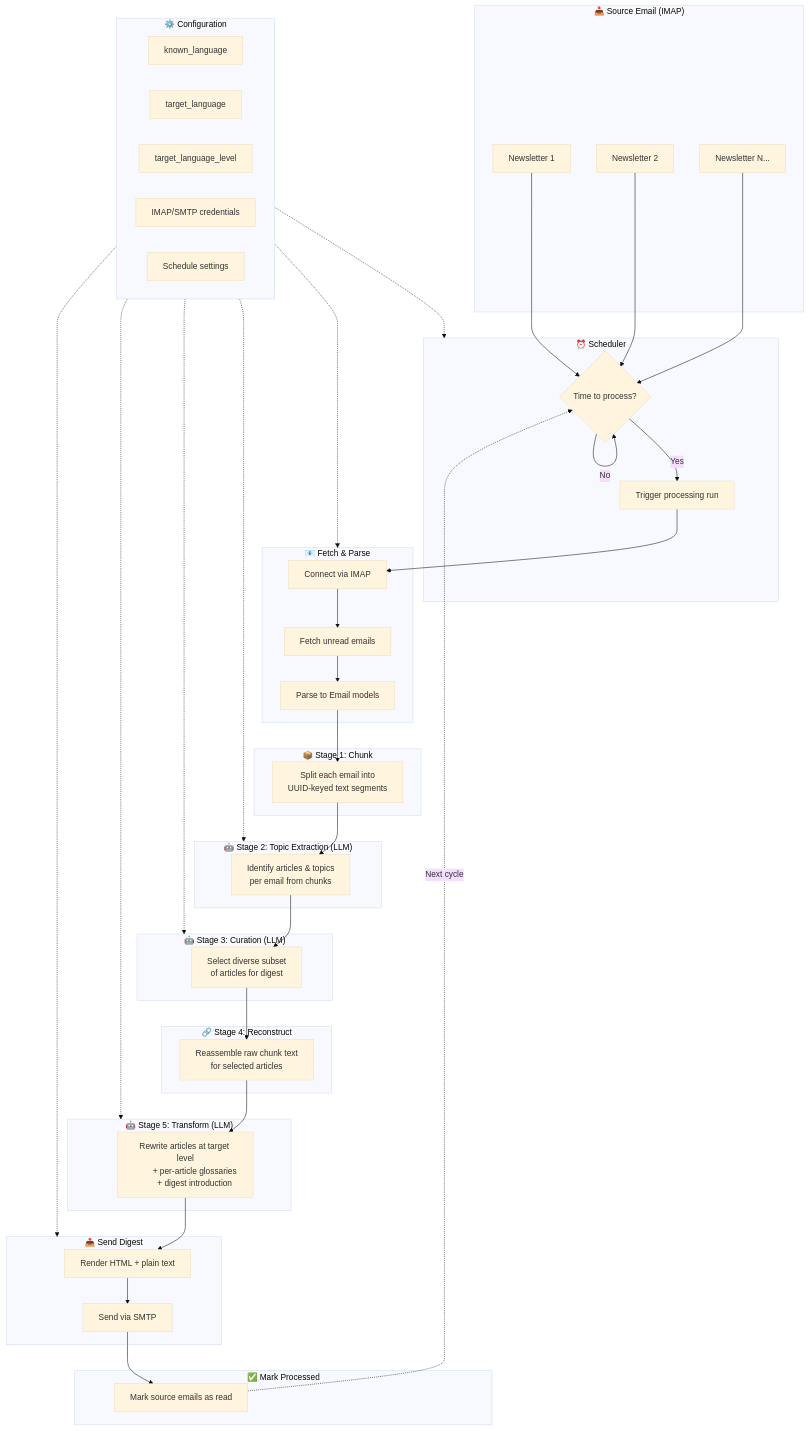
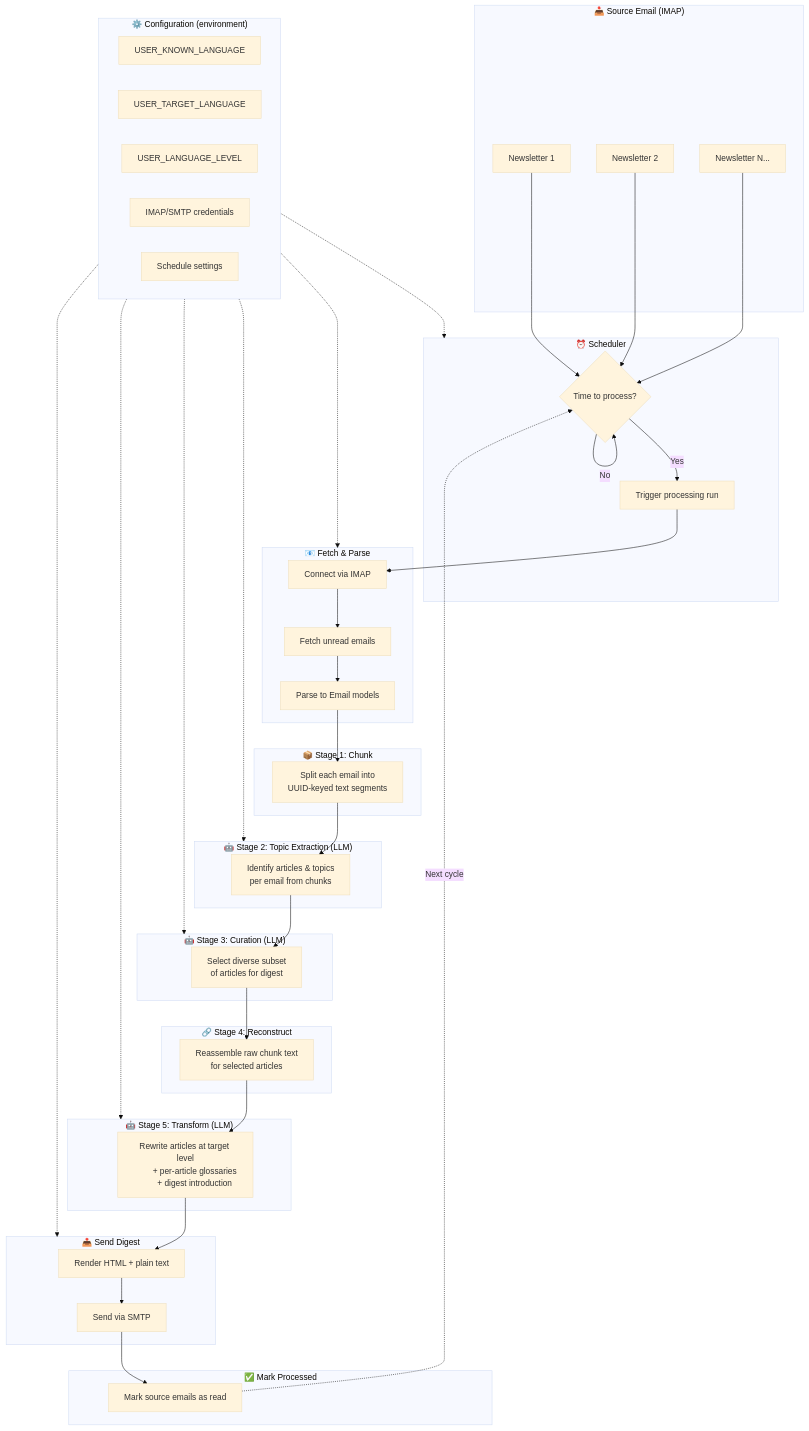
Before and after one commit to marcinstopyra/polyglot-pigeon: the diagram in README.md, drawn with Mermaid (base theme). The commit also changed other lines of this file and 11 other files, not shown here.

````diff
--- a/README.md
+++ b/README.md
@@ -9,73 +9,73 @@
 ```mermaid
 flowchart TD
     subgraph Input["📥 Source Email (IMAP)"]
         A1[Newsletter 1]
         A2[Newsletter 2]
         A3[Newsletter N...]
     end
 
     subgraph Scheduler["⏰ Scheduler"]
         B{Time to process?}
         C[Trigger processing run]
     end
 
     subgraph EmailReader["📧 Fetch & Parse"]
         D[Connect via IMAP]
         E[Fetch unread emails]
         F[Parse to Email models]
     end
 
     subgraph Stage1["📦 Stage 1: Chunk"]
         G[Split each email into\nUUID-keyed text segments]
     end
 
     subgraph Stage2["🤖 Stage 2: Topic Extraction (LLM)"]
         H[Identify articles & topics\nper email from chunks]
     end
 
     subgraph Stage3["🤖 Stage 3: Curation (LLM)"]
         I[Select diverse subset\nof articles for digest]
     end
 
     subgraph Stage4["🔗 Stage 4: Reconstruct"]
         J[Reassemble raw chunk text\nfor selected articles]
     end
 
     subgraph Stage5["🤖 Stage 5: Transform (LLM)"]
         K["Rewrite articles at target level
         + per-article glossaries
         + digest introduction"]
     end
 
     subgraph Output["📤 Send Digest"]
         L[Render HTML + plain text]
         M[Send via SMTP]
     end
 
     subgraph Cleanup["✅ Mark Processed"]
         N[Mark source emails as read]
     end
 
     A1 & A2 & A3 --> B
     B -->|No| B
     B -->|Yes| C
     C --> D --> E --> F
     F --> G --> H --> I --> J --> K
     K --> L --> M --> N
     N -.->|Next cycle| B
 
-    subgraph Config["⚙️ Configuration"]
-        Q[known_language]
-        R[target_language]
-        S[target_language_level]
+    subgraph Config["⚙️ Configuration (environment)"]
+        Q[USER_KNOWN_LANGUAGE]
+        R[USER_TARGET_LANGUAGE]
+        S[USER_LANGUAGE_LEVEL]
         T[IMAP/SMTP credentials]
         U[Schedule settings]
     end
 
     Config -.-> Scheduler
     Config -.-> EmailReader
     Config -.-> Stage2
     Config -.-> Stage3
     Config -.-> Stage5
     Config -.-> Output
 ```
````
